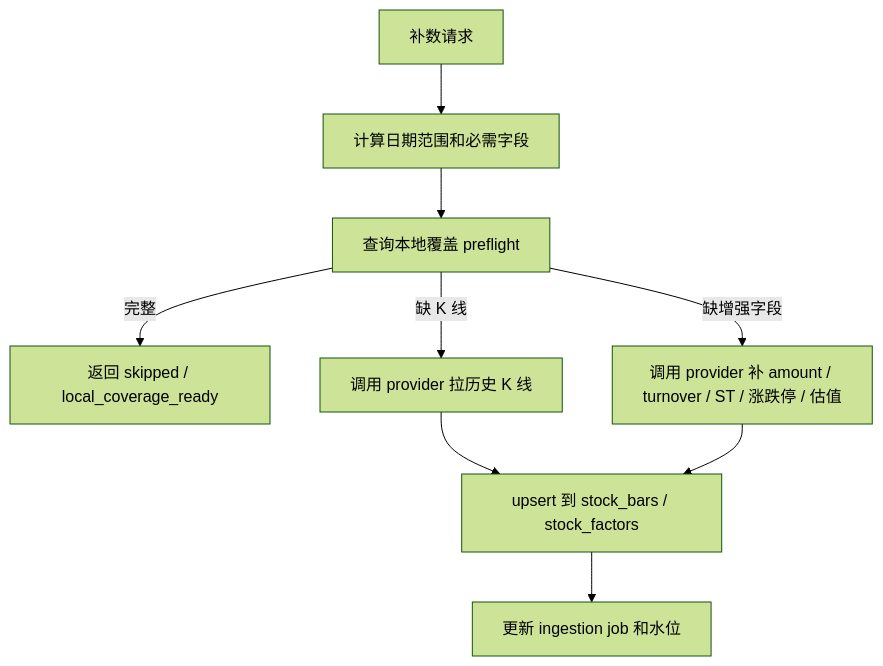
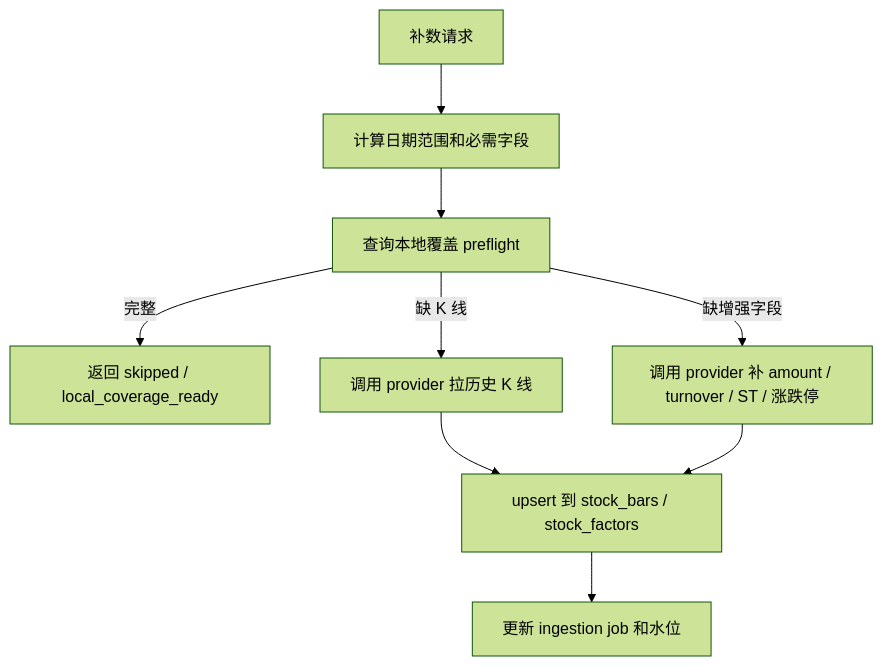
The diagram in docs/market-data-source-knowledge.md (xbzz1018/SignalForge), drawn with Mermaid (forest theme) before and after one commit. The commit also changed other lines of this file and 8 other files, not shown here.

````diff
--- a/docs/market-data-source-knowledge.md
+++ b/docs/market-data-source-knowledge.md
@@ -49,11 +49,11 @@
 ```mermaid
 flowchart TD
   R[补数请求] --> C[计算日期范围和必需字段]
   C --> P[查询本地覆盖 preflight]
   P -->|完整| S[返回 skipped / local_coverage_ready]
   P -->|缺 K 线| F[调用 provider 拉历史 K 线]
-  P -->|缺增强字段| E[调用 provider 补 amount / turnover / ST / 涨跌停 / 估值]
+  P -->|缺增强字段| E[调用 provider 补 amount / turnover / ST / 涨跌停]
   F --> U[upsert 到 stock_bars / stock_factors]
   E --> U
   U --> J[更新 ingestion job 和水位]
 ```
````
